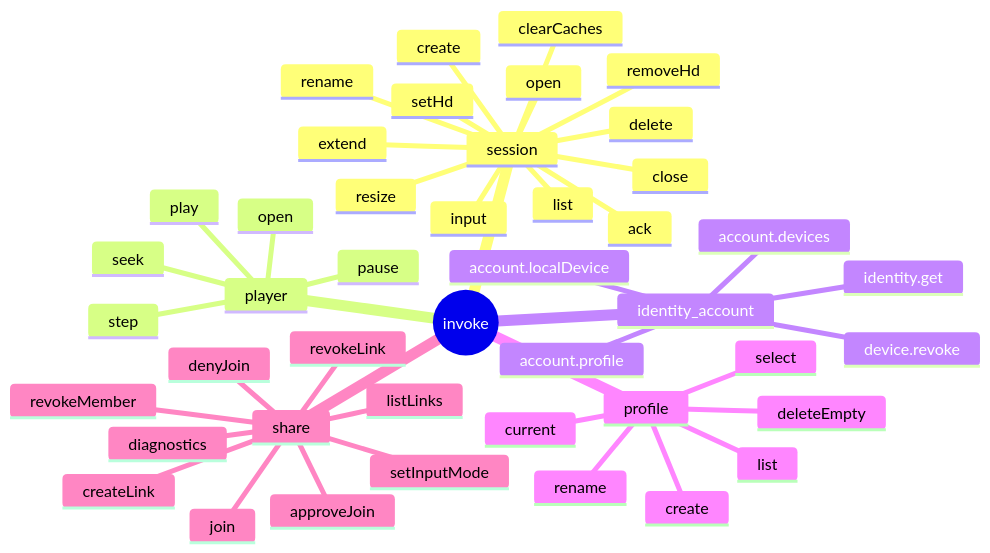
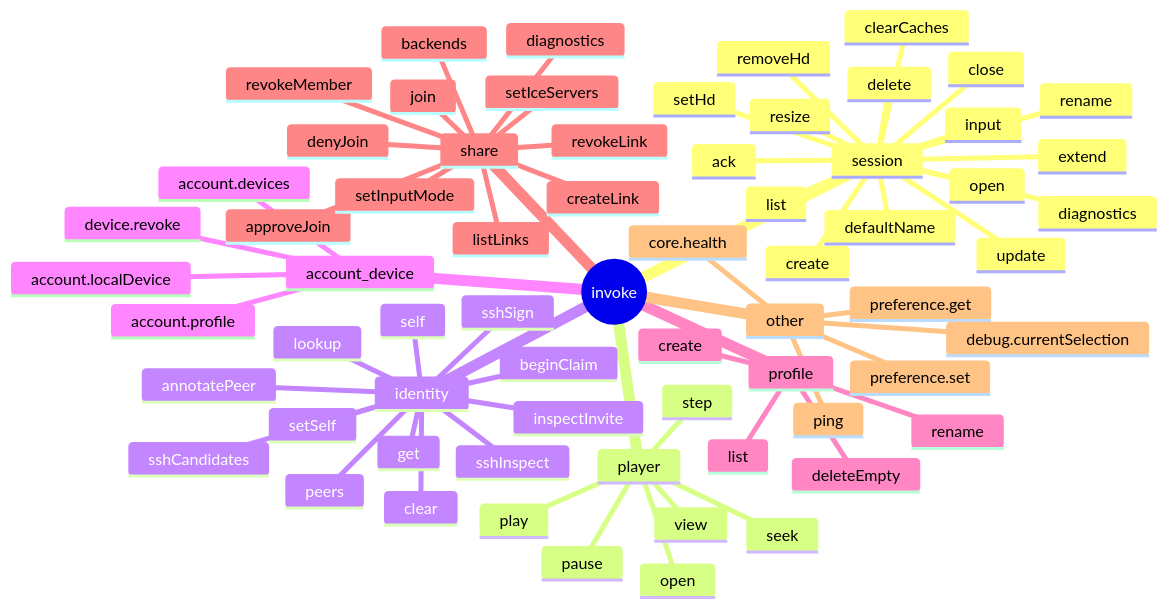
One commit to zevix/zbterm changed the fourth of 19 diagrams in docs/ARCHITECTURE.md. Above: the diagram before and after it, drawn with Mermaid. The commit also changed other lines of this file and 85 other files, not shown here.

````diff
--- a/docs/ARCHITECTURE.md
+++ b/docs/ARCHITECTURE.md
@@ -438,47 +523,69 @@
 ```mermaid
 mindmap
   root((invoke))
     session
       create
       extend
       open
       close
       delete
       rename
+      update
+      defaultName
       list
       input
       resize
       ack
+      diagnostics
       setHd
       removeHd
       clearCaches
     player
       open
       seek
       play
       pause
       step
-    identity_account
-      identity.get
+      view
+    identity
+      get
+      self
+      beginClaim
+      setSelf
+      clear
+      peers
+      annotatePeer
+      lookup
+      inspectInvite
+      sshCandidates
+      sshInspect
+      sshSign
+    account_device
       account.profile
       account.devices
       account.localDevice
       device.revoke
     profile
-      current
       list
       create
       rename
       deleteEmpty
-      select
     share
+      backends
+      setIceServers
       createLink
       listLinks
       revokeLink
       revokeMember
       join
       diagnostics
       approveJoin
       denyJoin
       setInputMode
+    other
+      ping
+      core.health
+      preference.get
+      preference.set
+      debug.currentSelection
 ```
````
